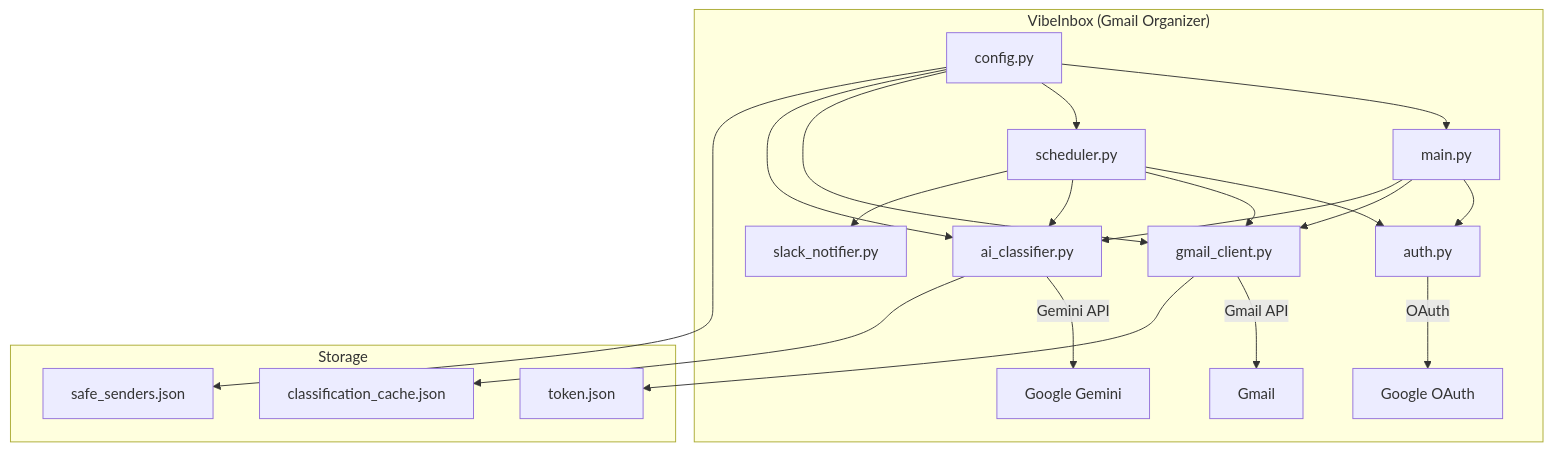
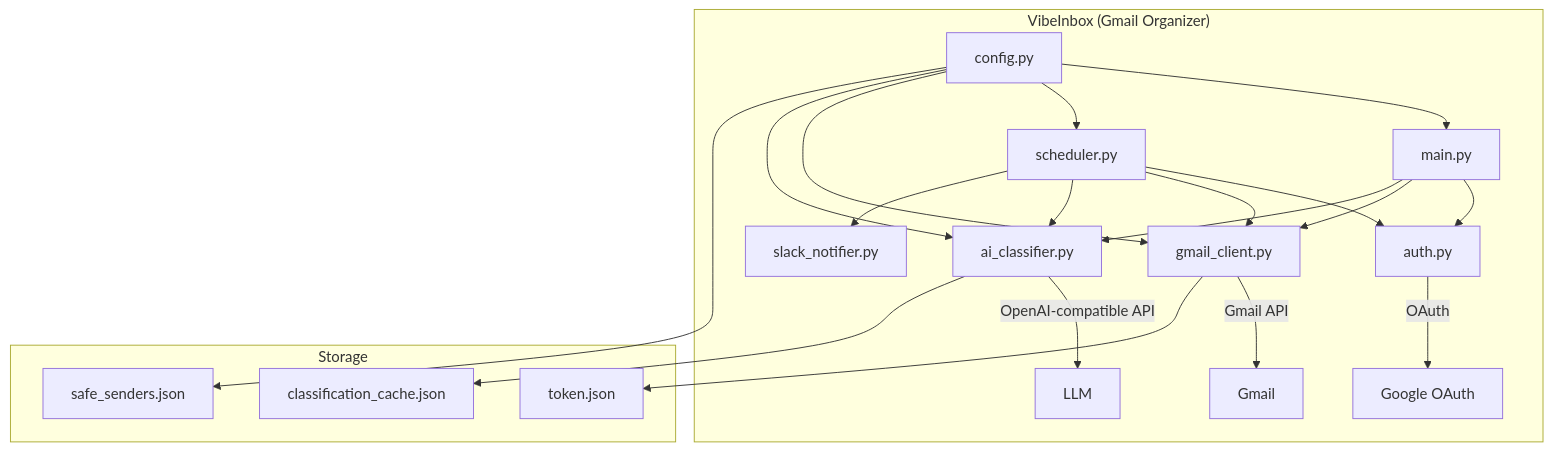
One commit to kks0488/vibe-inbox changed the diagram in docs/architecture.md. Above: the diagram before and after it, drawn with Mermaid. The commit also changed other lines of this file and 8 other files, not shown here.

````diff
--- a/docs/architecture.md
+++ b/docs/architecture.md
@@ -5,28 +5,28 @@
 ```mermaid
 graph TB
     subgraph "VibeInbox (Gmail Organizer)"
         M[main.py] --> A[auth.py]
         M --> G[gmail_client.py]
         M --> C[ai_classifier.py]
 
         S[scheduler.py] --> A
         S --> G
         S --> C
         S --> SL[slack_notifier.py]
 
-        C --> |Gemini API| AI[Google Gemini]
+        C --> |OpenAI-compatible API| AI[LLM]
         G --> |Gmail API| GM[Gmail]
         A --> |OAuth| GO[Google OAuth]
 
         CF[config.py] --> M
         CF --> S
         CF --> G
         CF --> C
     end
 
     subgraph "Storage"
         G --> TC[token.json]
         C --> CC[classification_cache.json]
         CF --> SS[safe_senders.json]
     end
 ```
````
